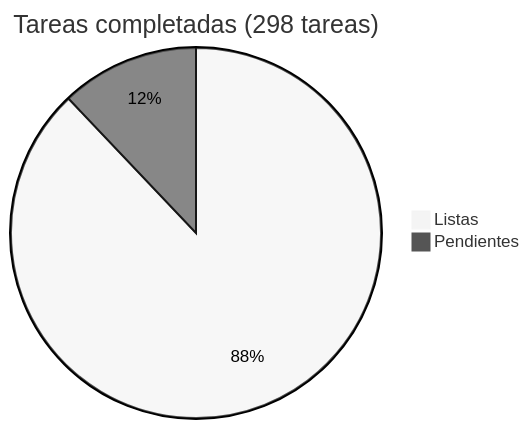
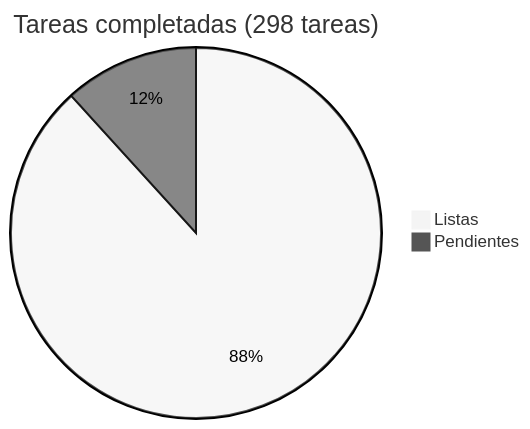
Before and after one commit to araguaney-lat/araguaney: the diagram in docs/roadmap/README.md, drawn with Mermaid (neutral theme). The commit also changed other lines of this file and 2 other files, not shown here.

First paragraph of the commit message:
perf: Fase 12 tarea 12 — covering index para agregación (cierra la fase al 100%)
Implementada como trabajo preventivo (decisión explícita del usuario, no
por necesidad medida — a 6000 cajas/20 centros el panel nacional no está
lento, ver tarea 26).

````diff
--- a/docs/roadmap/README.md
+++ b/docs/roadmap/README.md
@@ -5,5 +5,5 @@
 ```mermaid
 pie title Tareas completadas (298 tareas)
-    "Listas" : 262
-    "Pendientes" : 36
+    "Listas" : 263
+    "Pendientes" : 35
 ```
````
